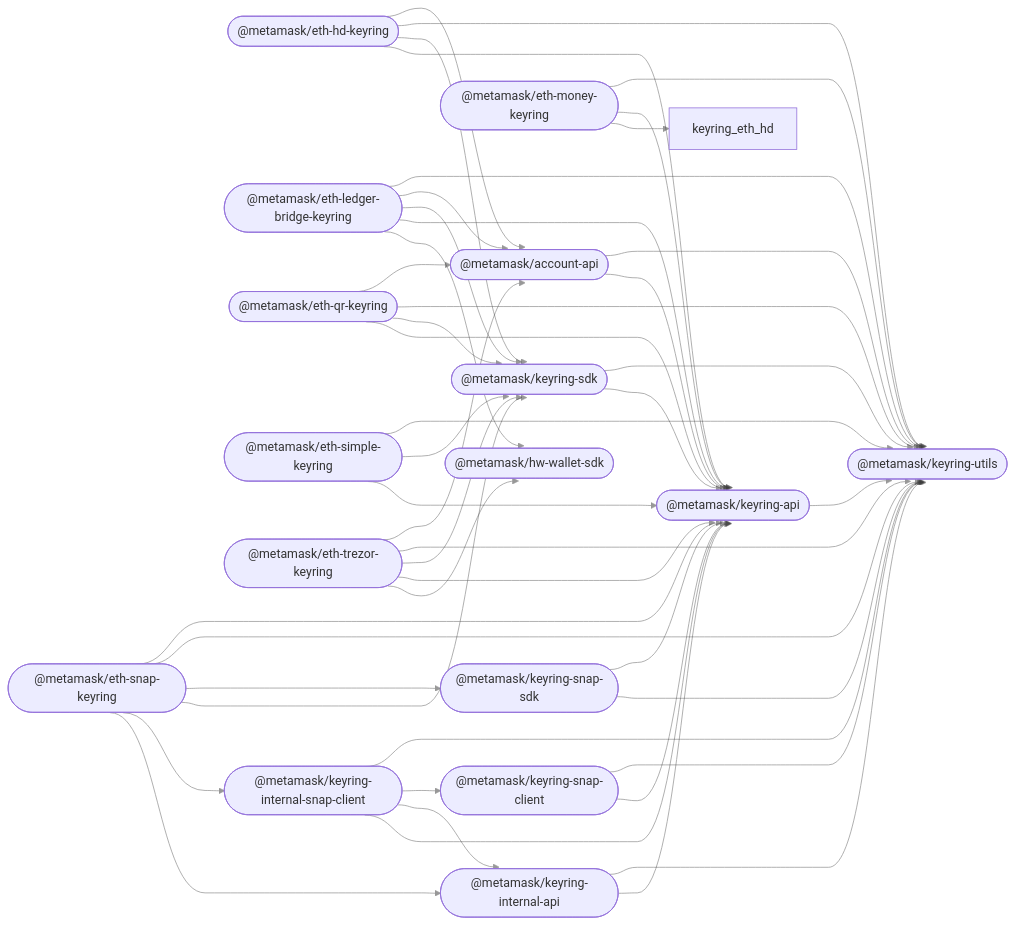
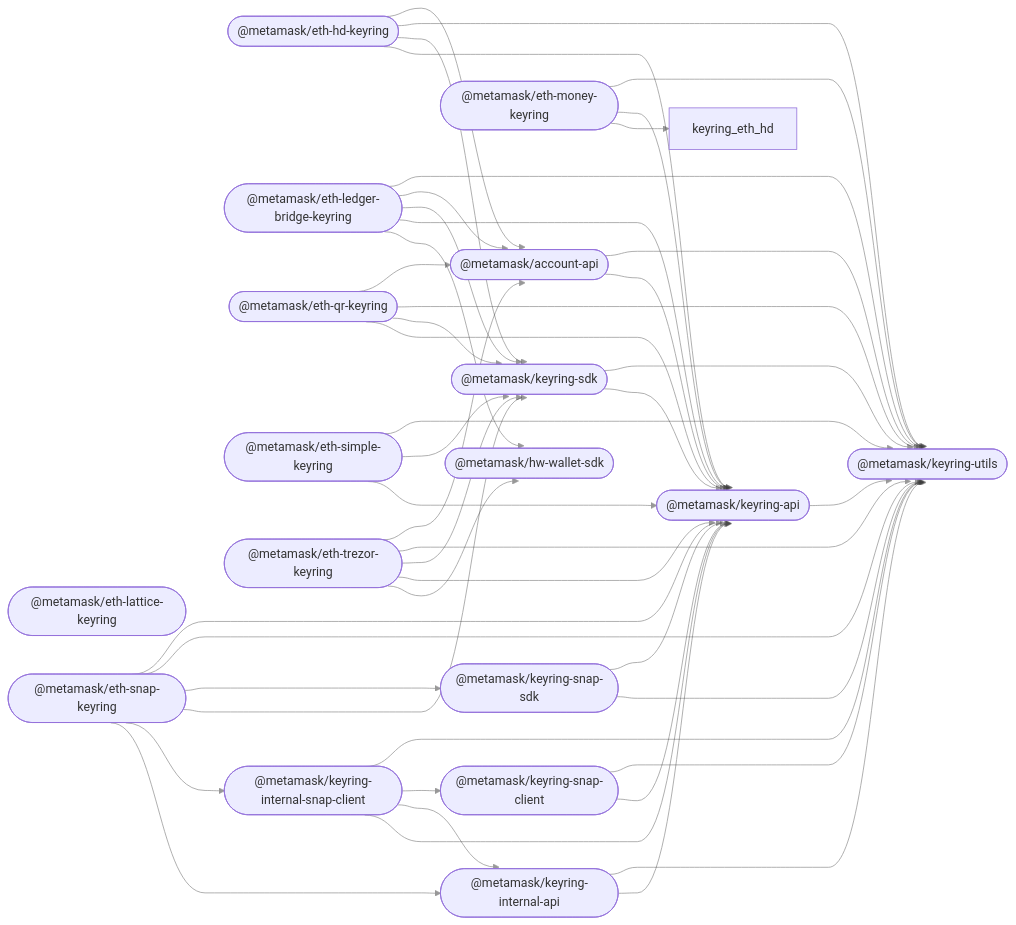
The diagram in README.md (MetaMask/accounts), drawn with Mermaid before and after one commit. The commit also changed other lines of this file, not shown here.

````diff
--- a/README.md
+++ b/README.md
@@ -44,66 +45,67 @@
 ```mermaid
 %%{ init: { 'flowchart': { 'curve': 'bumpX' } } }%%
 graph LR;
 linkStyle default opacity:0.5
   account_api(["@metamask/account-api"]);
   hw_wallet_sdk(["@metamask/hw-wallet-sdk"]);
   keyring_api(["@metamask/keyring-api"]);
   eth_hd_keyring(["@metamask/eth-hd-keyring"]);
+  eth_lattice_keyring(["@metamask/eth-lattice-keyring"]);
   eth_ledger_bridge_keyring(["@metamask/eth-ledger-bridge-keyring"]);
   eth_money_keyring(["@metamask/eth-money-keyring"]);
   eth_qr_keyring(["@metamask/eth-qr-keyring"]);
   eth_simple_keyring(["@metamask/eth-simple-keyring"]);
   eth_trezor_keyring(["@metamask/eth-trezor-keyring"]);
   keyring_internal_api(["@metamask/keyring-internal-api"]);
   keyring_internal_snap_client(["@metamask/keyring-internal-snap-client"]);
   keyring_sdk(["@metamask/keyring-sdk"]);
   eth_snap_keyring(["@metamask/eth-snap-keyring"]);
   keyring_snap_client(["@metamask/keyring-snap-client"]);
   keyring_snap_sdk(["@metamask/keyring-snap-sdk"]);
   keyring_utils(["@metamask/keyring-utils"]);
   account_api --> keyring_api;
   account_api --> keyring_utils;
   keyring_api --> keyring_utils;
   eth_hd_keyring --> keyring_api;
   eth_hd_keyring --> keyring_sdk;
   eth_hd_keyring --> keyring_utils;
   eth_hd_keyring --> account_api;
   eth_ledger_bridge_keyring --> hw_wallet_sdk;
   eth_ledger_bridge_keyring --> keyring_api;
   eth_ledger_bridge_keyring --> keyring_sdk;
   eth_ledger_bridge_keyring --> account_api;
   eth_ledger_bridge_keyring --> keyring_utils;
   eth_money_keyring --> keyring_eth_hd;
   eth_money_keyring --> keyring_api;
   eth_money_keyring --> keyring_utils;
   eth_qr_keyring --> keyring_api;
   eth_qr_keyring --> keyring_sdk;
   eth_qr_keyring --> keyring_utils;
   eth_qr_keyring --> account_api;
   eth_simple_keyring --> keyring_api;
   eth_simple_keyring --> keyring_sdk;
   eth_simple_keyring --> keyring_utils;
   eth_trezor_keyring --> hw_wallet_sdk;
   eth_trezor_keyring --> keyring_api;
   eth_trezor_keyring --> keyring_sdk;
   eth_trezor_keyring --> keyring_utils;
   eth_trezor_keyring --> account_api;
   keyring_internal_api --> keyring_api;
   keyring_internal_api --> keyring_utils;
   keyring_internal_snap_client --> keyring_api;
   keyring_internal_snap_client --> keyring_internal_api;
   keyring_internal_snap_client --> keyring_snap_client;
   keyring_internal_snap_client --> keyring_utils;
   keyring_sdk --> keyring_api;
   keyring_sdk --> keyring_utils;
   eth_snap_keyring --> keyring_internal_api;
   eth_snap_keyring --> keyring_internal_snap_client;
   eth_snap_keyring --> keyring_sdk;
   eth_snap_keyring --> keyring_snap_sdk;
   eth_snap_keyring --> keyring_utils;
   eth_snap_keyring --> keyring_api;
   keyring_snap_client --> keyring_api;
   keyring_snap_client --> keyring_utils;
   keyring_snap_sdk --> keyring_utils;
   keyring_snap_sdk --> keyring_api;
 ```
````
